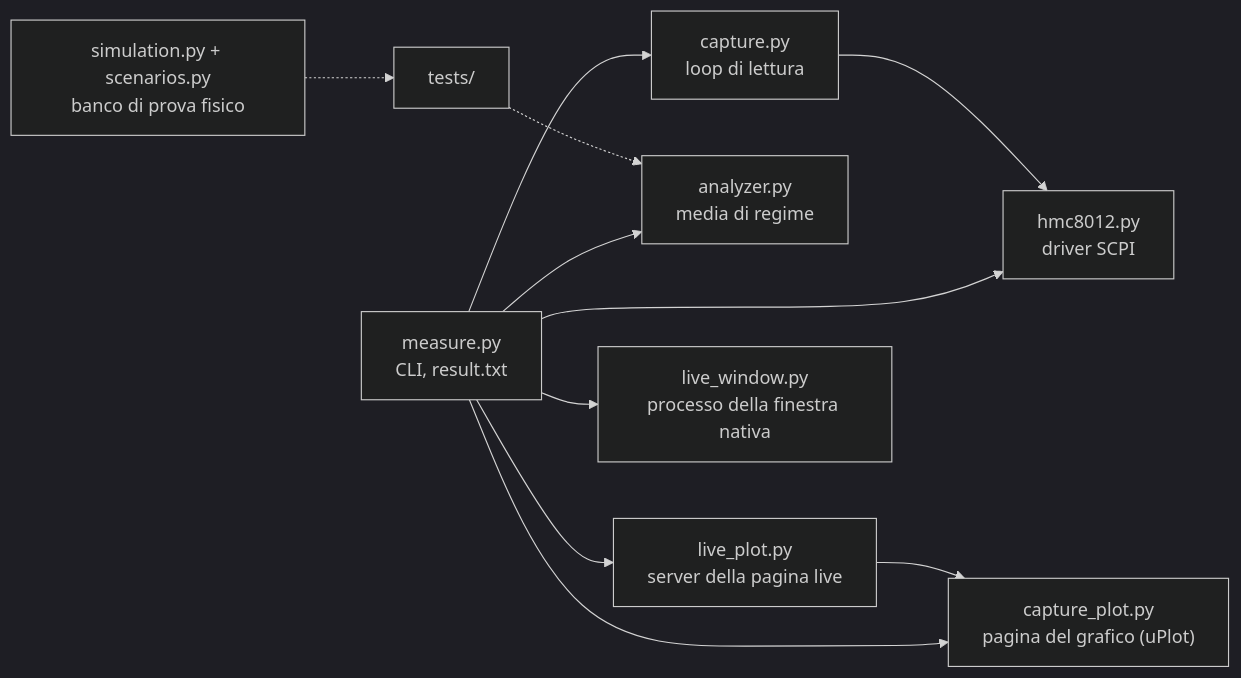
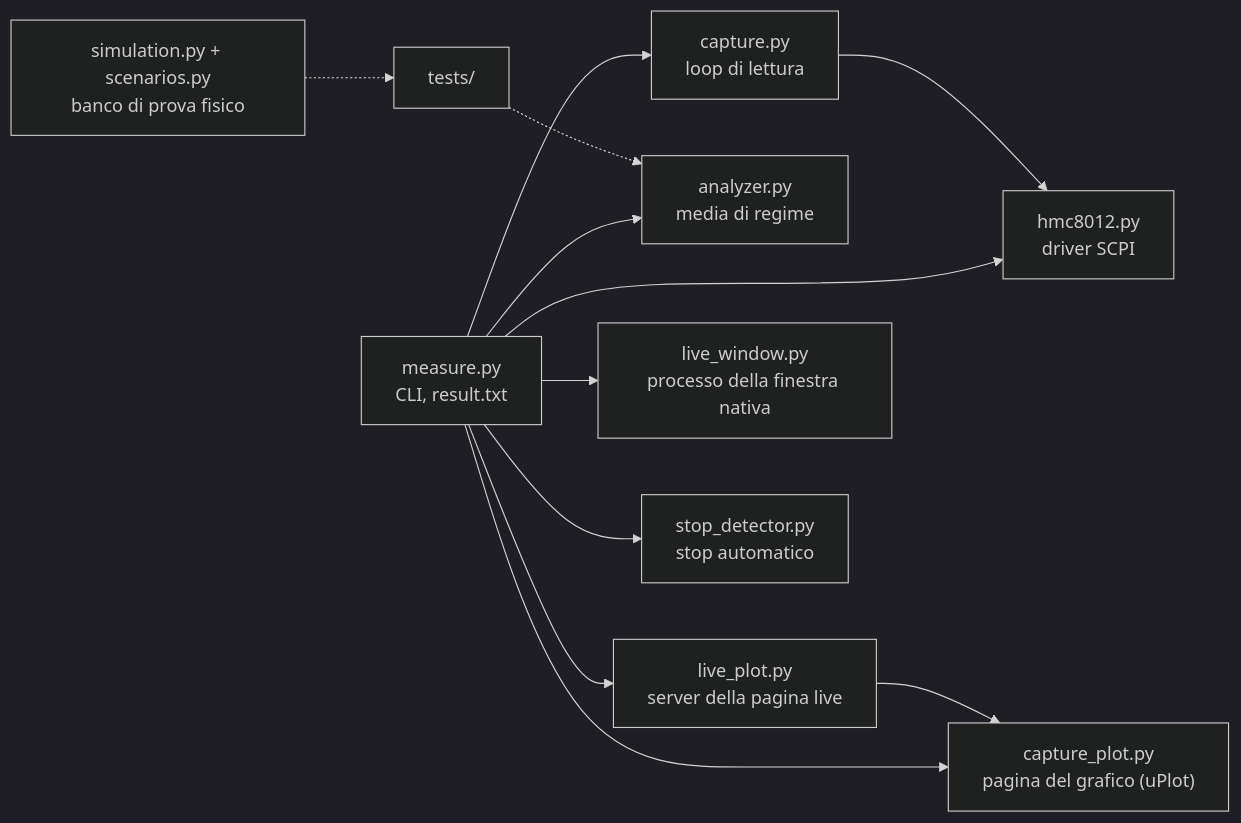
One commit to YarinCardillo/hmc8012-measure changed the diagram in README_ita.md. Above: the diagram before and after it, drawn with Mermaid (dark theme). The commit also changed other lines of this file and 8 other files, not shown here.

````diff
--- a/README_ita.md
+++ b/README_ita.md
@@ -168,13 +171,14 @@
 ```mermaid
 flowchart LR
     CLI["measure.py<br/>CLI, result.txt"] --> DRV["hmc8012.py<br/>driver SCPI"]
     CLI --> CAP["capture.py<br/>loop di lettura"]
     CAP --> DRV
     CLI --> ANA["analyzer.py<br/>media di regime"]
     CLI --> PLOT["capture_plot.py<br/>pagina del grafico (uPlot)"]
     CLI --> LIVE["live_plot.py<br/>server della pagina live"]
     LIVE --> PLOT
     CLI --> WIN["live_window.py<br/>processo della finestra nativa"]
+    CLI --> STOP["stop_detector.py<br/>stop automatico"]
     SIM["simulation.py + scenarios.py<br/>banco di prova fisico"] -.-> TESTS["tests/"]
     TESTS -.-> ANA
 ```
````
